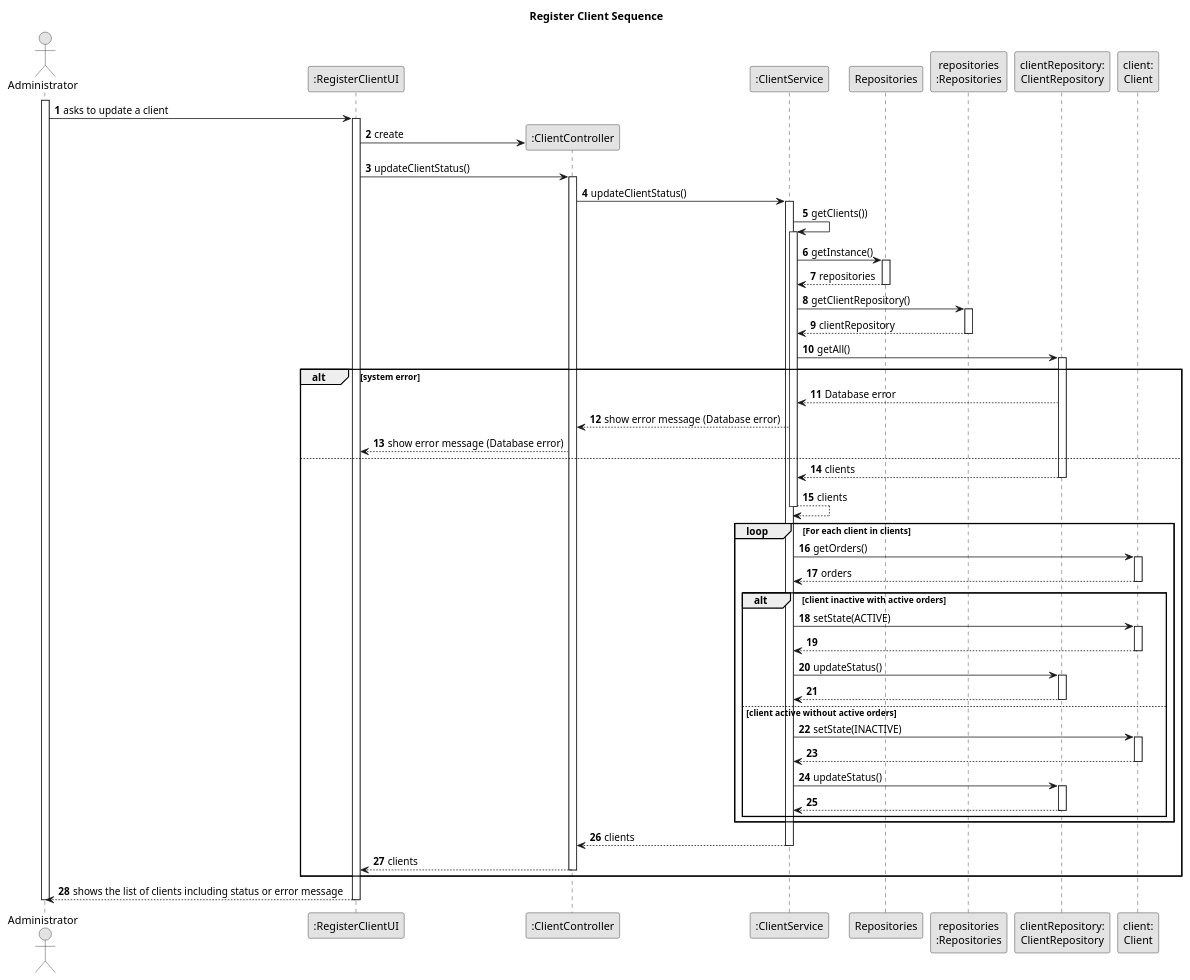
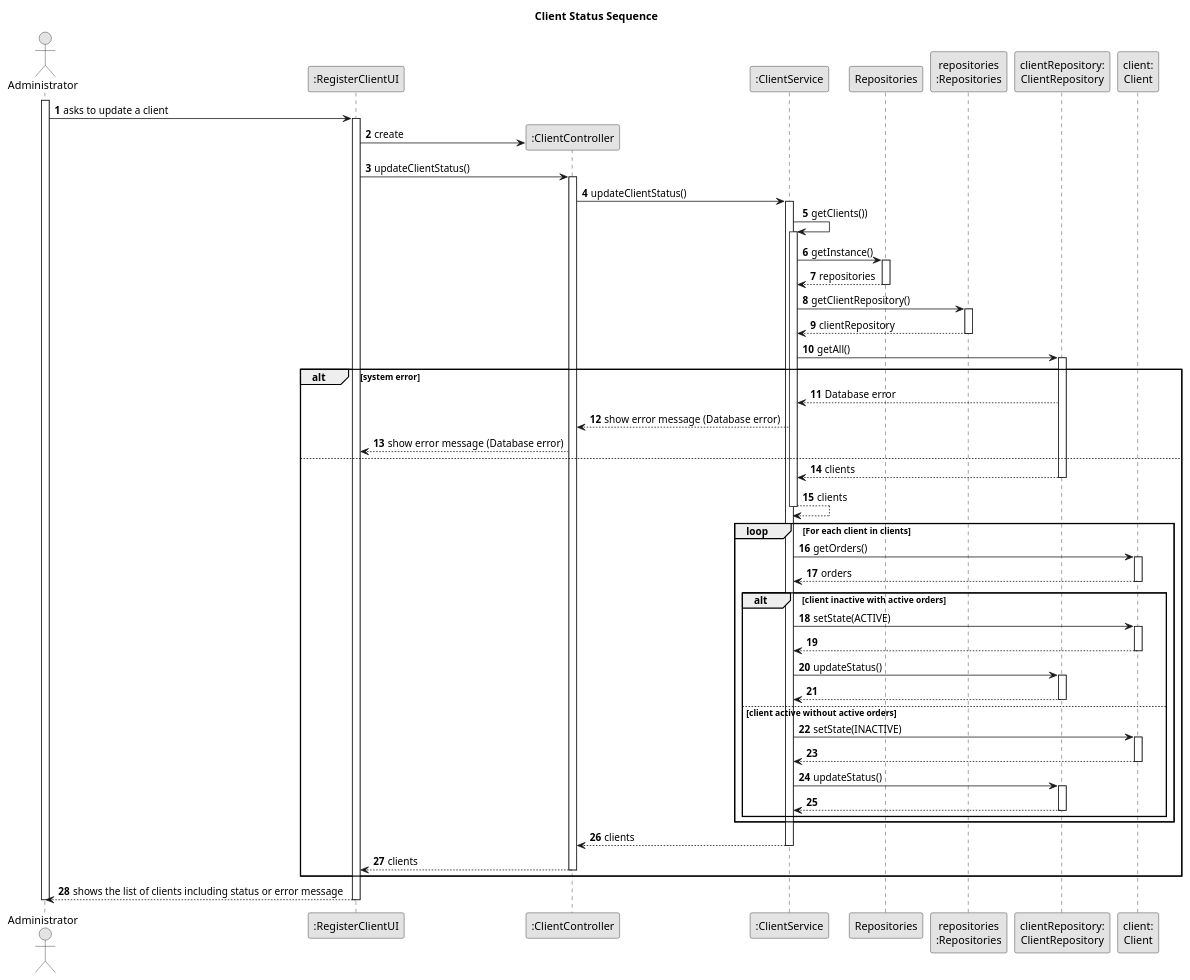
Before and after one commit to daniel41silva05/Production_Control_Industrial_ISEP: the diagram in documentation/user-stories/us004/03.design/puml/us004-sequence-diagram.puml, drawn with PlantUML. The commit also changed 13 other files, not shown here.

```diff
--- a/documentation/user-stories/us004/03.design/puml/us004-sequence-diagram.puml
+++ b/documentation/user-stories/us004/03.design/puml/us004-sequence-diagram.puml
@@ -1,98 +1,98 @@
 @startuml
 skinparam monochrome true
 skinparam packageStyle rectangle
 skinparam shadowing false
 
 title System Sequence Diagram (SSD)
 
 autonumber
 
 actor "Administrator" as ADM
 participant ":RegisterClientUI" as UI
 participant ":ClientController" as CTRL
 participant ":ClientService" as SRV
 participant "Repositories" as REPS
 participant "repositories\n:Repositories" as REP
 participant "clientRepository:\nClientRepository" as clientRepository
 participant "client:\nClient" as CLIENT
 
-title Register Client Sequence
+title Client Status Sequence
 
 activate ADM
     ADM -> UI : asks to update a client
     activate UI
 
         UI -> CTRL** : create
 
         UI -> CTRL : updateClientStatus()
         activate CTRL
             CTRL -> SRV : updateClientStatus()
             activate SRV
 
                 SRV -> SRV: getClients())
                 activate SRV
 
                 SRV -> REPS : getInstance()
                 activate REPS
                 REPS --> SRV: repositories
                 deactivate REPS
                 SRV -> REP : getClientRepository()
                 activate REP
                 REP --> SRV : clientRepository
                 deactivate REP
 
                 SRV -> clientRepository : getAll()
                 activate clientRepository
         alt system error
                         clientRepository --> SRV: Database error
 
                         SRV --> CTRL: show error message (Database error)
 
                         CTRL --> UI: show error message (Database error)
         else
                         clientRepository --> SRV: clients
                         deactivate clientRepository
             SRV --> SRV: clients
             deactivate SRV
 
             loop For each client in clients
 
             SRV -> CLIENT : getOrders()
             activate CLIENT
 
             CLIENT --> SRV : orders
             deactivate CLIENT
 
             alt client inactive with active orders
                 SRV -> CLIENT : setState(ACTIVE)
                 activate CLIENT
                 CLIENT --> SRV :
                 deactivate CLIENT
                 SRV -> clientRepository : updateStatus()
                 activate clientRepository
                 clientRepository --> SRV :
                 deactivate clientRepository
             else client active without active orders
                 SRV -> CLIENT : setState(INACTIVE)
                 activate CLIENT
                 CLIENT --> SRV :
                 deactivate CLIENT
                 SRV -> clientRepository : updateStatus()
                 activate clientRepository
                 clientRepository --> SRV :
                 deactivate clientRepository
             end alt
             end loop
 
             SRV --> CTRL : clients
             deactivate SRV
 
         CTRL --> UI : clients
         deactivate CTRL
 
         end
     UI --> ADM : shows the list of clients including status or error message
     deactivate UI
 
 deactivate ADM
 @enduml
```
